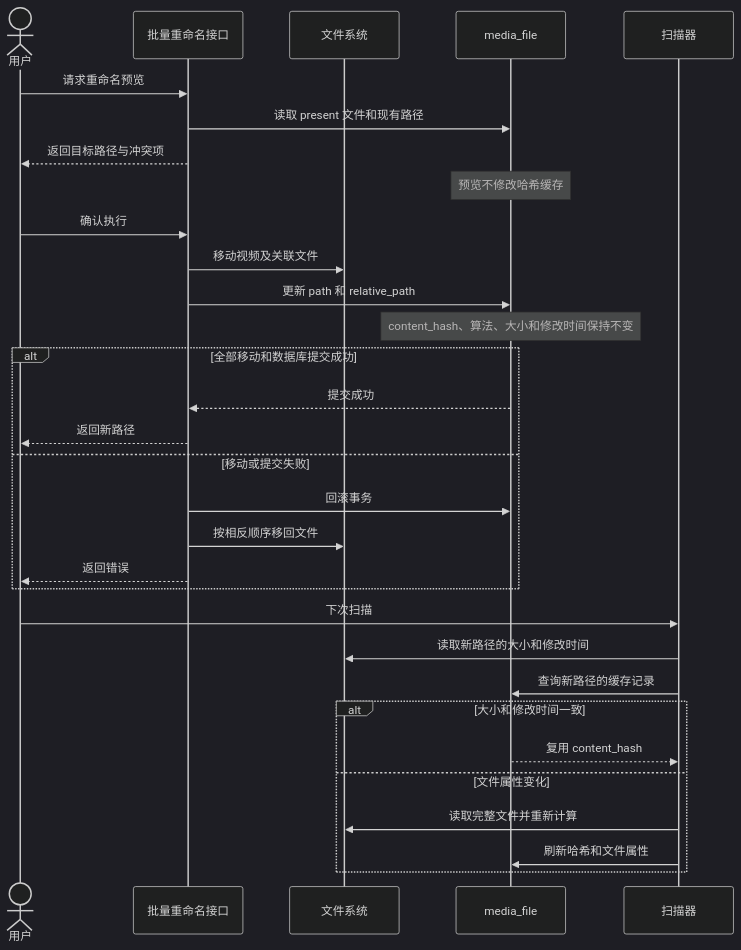
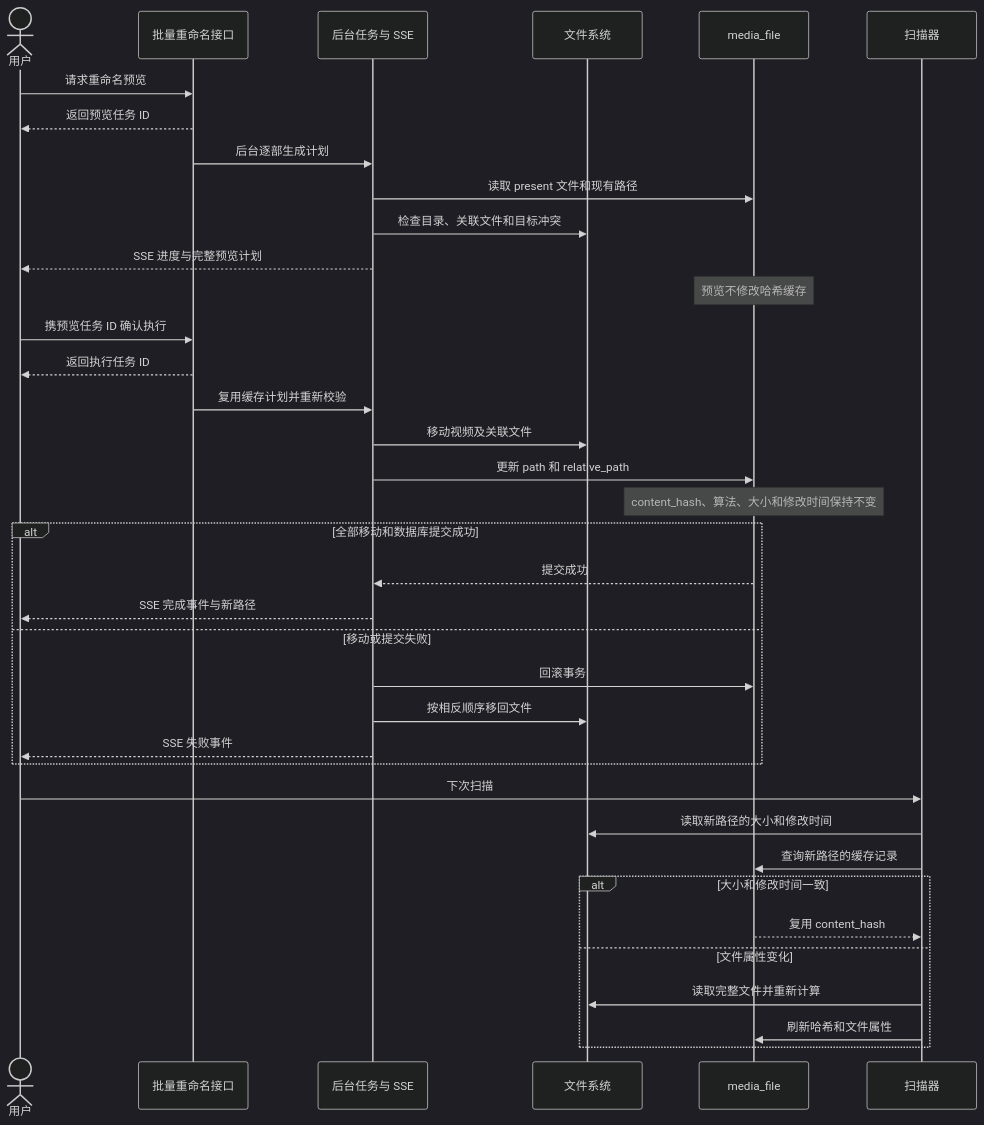
One commit to hejianjun/anime-manager changed the third of 3 diagrams in README.md. Above: the diagram before and after it, drawn with Mermaid (dark theme). The commit also changed other lines of this file and 8 other files, not shown here.

````diff
--- a/README.md
+++ b/README.md
@@ -91,36 +93,42 @@
 ```mermaid
 sequenceDiagram
     actor USER as 用户
     participant API as 批量重命名接口
+    participant TASK as 后台任务与 SSE
     participant FS as 文件系统
     participant DB as media_file
     participant SCAN as 扫描器
 
     USER->>API: 请求重命名预览
-    API->>DB: 读取 present 文件和现有路径
-    API-->>USER: 返回目标路径与冲突项
+    API-->>USER: 返回预览任务 ID
+    API->>TASK: 后台逐部生成计划
+    TASK->>DB: 读取 present 文件和现有路径
+    TASK->>FS: 检查目录、关联文件和目标冲突
+    TASK-->>USER: SSE 进度与完整预览计划
     Note over DB: 预览不修改哈希缓存
 
-    USER->>API: 确认执行
-    API->>FS: 移动视频及关联文件
-    API->>DB: 更新 path 和 relative_path
+    USER->>API: 携预览任务 ID 确认执行
+    API-->>USER: 返回执行任务 ID
+    API->>TASK: 复用缓存计划并重新校验
+    TASK->>FS: 移动视频及关联文件
+    TASK->>DB: 更新 path 和 relative_path
     Note over DB: content_hash、算法、大小和修改时间保持不变
     alt 全部移动和数据库提交成功
-        DB-->>API: 提交成功
-        API-->>USER: 返回新路径
+        DB-->>TASK: 提交成功
+        TASK-->>USER: SSE 完成事件与新路径
     else 移动或提交失败
-        API->>DB: 回滚事务
-        API->>FS: 按相反顺序移回文件
-        API-->>USER: 返回错误
+        TASK->>DB: 回滚事务
+        TASK->>FS: 按相反顺序移回文件
+        TASK-->>USER: SSE 失败事件
     end
 
     USER->>SCAN: 下次扫描
     SCAN->>FS: 读取新路径的大小和修改时间
     SCAN->>DB: 查询新路径的缓存记录
     alt 大小和修改时间一致
         DB-->>SCAN: 复用 content_hash
     else 文件属性变化
         SCAN->>FS: 读取完整文件并重新计算
         SCAN->>DB: 刷新哈希和文件属性
     end
 ```
````
